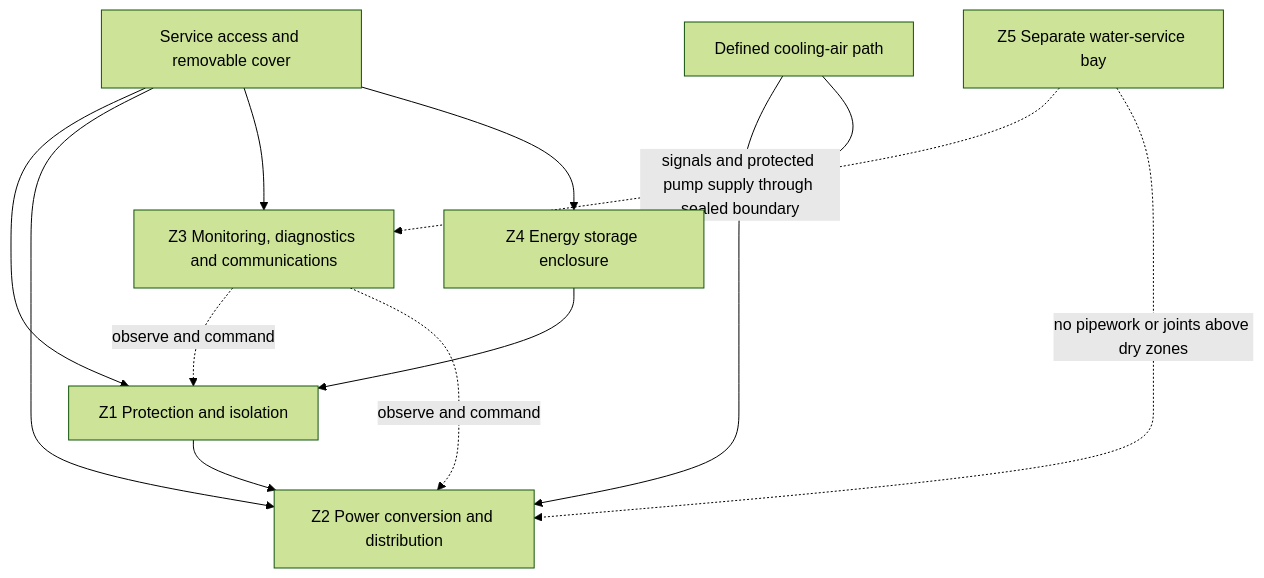
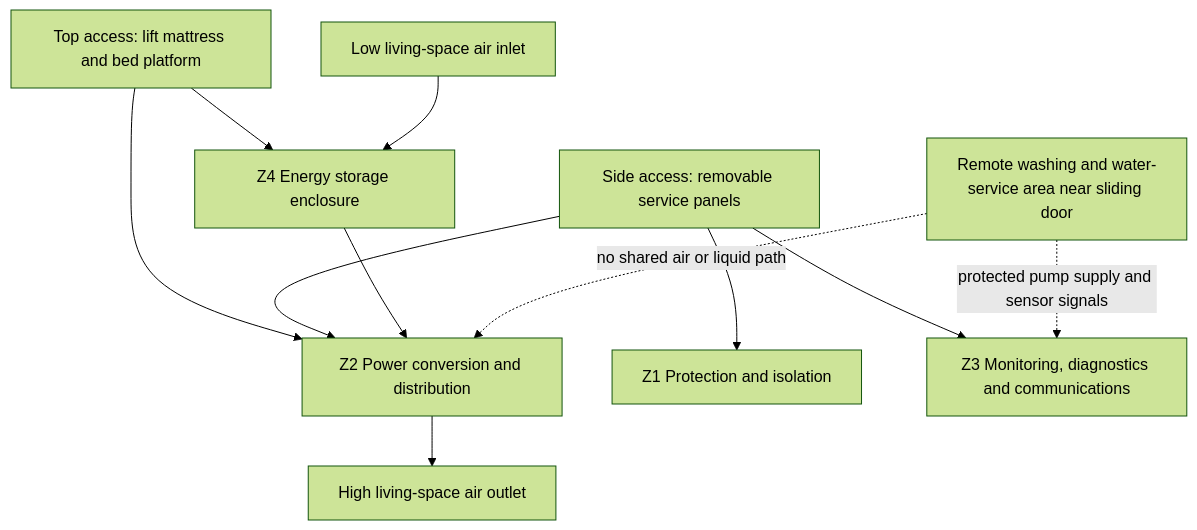
Before and after one commit to r4kdwp4tj2-cpu/solarChaser: the diagram in docs/20-architecture/SC-402-001-technical-bay-preliminary-design.md, drawn with Mermaid (forest theme). The commit also changed other lines of this file and 13 other files, not shown here.

````diff
--- a/docs/20-architecture/SC-402-001-technical-bay-preliminary-design.md
+++ b/docs/20-architecture/SC-402-001-technical-bay-preliminary-design.md
@@ -37,17 +47,16 @@
 ```mermaid
 flowchart TB
-    ACCESS["Service access and removable cover"]
-    ACCESS --> PROT["Z1 Protection and isolation"]
-    ACCESS --> POWER["Z2 Power conversion and distribution"]
-    ACCESS --> CTRL["Z3 Monitoring, diagnostics and communications"]
-    ACCESS --> STORE["Z4 Energy storage enclosure"]
-    WET["Z5 Separate water-service bay"]
-    WET -. "signals and protected pump supply through sealed boundary" .-> CTRL
-    WET -. "no pipework or joints above dry zones" .-> POWER
-    AIR["Defined cooling-air path"] --> POWER
-    AIR --> STORE
-    PROT --> POWER
-    STORE --> PROT
-    CTRL -. "observe and command" .-> PROT
-    CTRL -. "observe and command" .-> POWER
+    TOP["Top access: lift mattress and bed platform"]
+    SIDE["Side access: removable service panels"]
+    TOP --> STORE["Z4 Energy storage enclosure"]
+    TOP --> POWER["Z2 Power conversion and distribution"]
+    SIDE --> PROT["Z1 Protection and isolation"]
+    SIDE --> POWER
+    SIDE --> CTRL["Z3 Monitoring, diagnostics and communications"]
+    AIRIN["Low living-space air inlet"] --> STORE
+    STORE --> POWER
+    POWER --> AIROUT["High living-space air outlet"]
+    WATER["Remote washing and water-service area near sliding door"]
+    WATER -. "protected pump supply and sensor signals" .-> CTRL
+    WATER -. "no shared air or liquid path" .-> POWER
 ```
````
